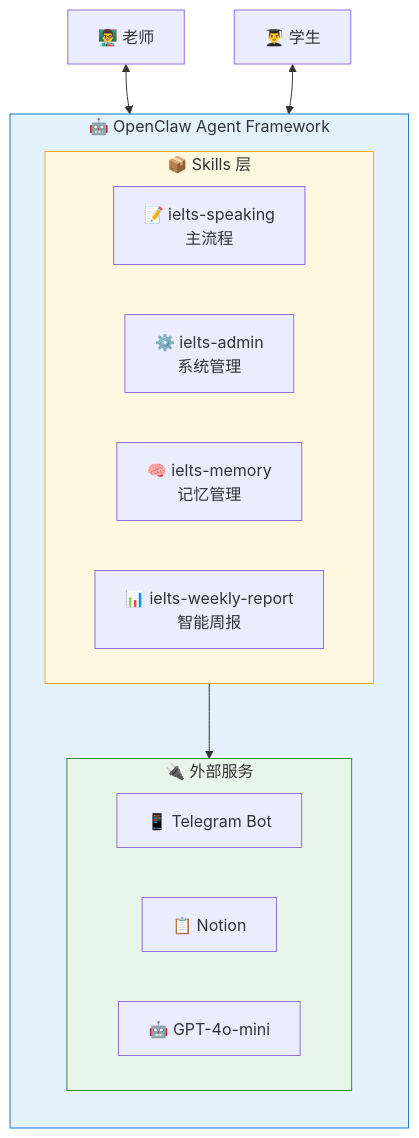
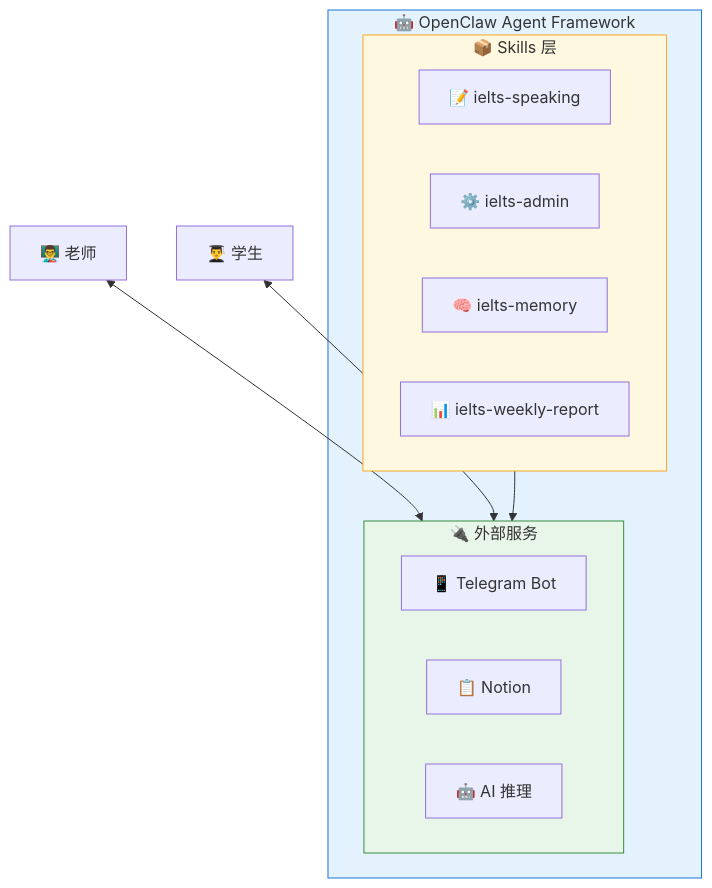
The first of 3 diagrams in README.md (KaichenCurry/ielts-speaking-ai), drawn with Mermaid before and after one commit. The commit also changed other lines of this file, not shown here.

Commit message:
fix: 系统架构图标注 MiniMax M2.7 + GPT-4o-mini AI引擎

````diff
--- a/README.md
+++ b/README.md
@@ -28,30 +28,28 @@
 ```mermaid
 flowchart TB
-    subgraph Framework["🤖 OpenClaw Agent Framework"]
-        direction TB
-        
+    subgraph OpenClaw["🤖 OpenClaw Agent Framework"]
         subgraph Skills["📦 Skills 层"]
             direction LR
-            S1["📝 ielts-speaking<br/>主流程"]
-            S2["⚙️ ielts-admin<br/>系统管理"]
-            S3["🧠 ielts-memory<br/>记忆管理"]
-            S4["📊 ielts-weekly-report<br/>智能周报"]
+            S1["📝 ielts-speaking"]
+            S2["⚙️ ielts-admin"]
+            S3["🧠 ielts-memory"]
+            S4["📊 ielts-weekly-report"]
         end
         
         subgraph Services["🔌 外部服务"]
             direction LR
             TGB["📱 Telegram Bot"]
             NT["📋 Notion"]
-            AI["🤖 GPT-4o-mini"]
+            AI["🤖 AI 推理"]
         end
         
         Skills --> Services
     end
 
     Teacher["👨‍🏫 老师"] <--> TGB
     Student["👨‍🎓 学生"] <--> TGB
     
-    style Framework fill:#e3f2fd,stroke:#1976d2
+    style OpenClaw fill:#e3f2fd,stroke:#1976d2
     style Skills fill:#fff8e1,stroke:#f9a825
     style Services fill:#e8f5e9,stroke:#388e3c
 ```
````
